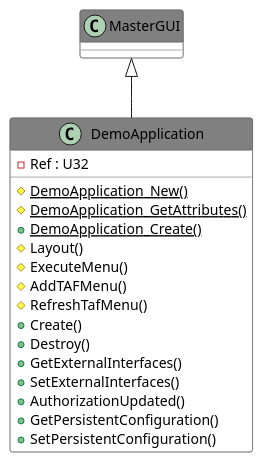
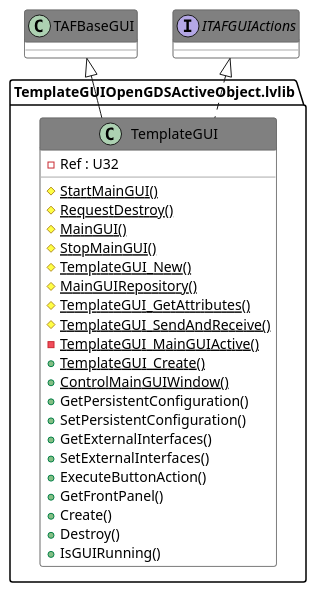
Before and after one commit to PatriekBruins/TriekselsoftApplicationFramework: the diagram in Source/Antidoc-Output/Includes/044.adoc, drawn with PlantUML. The commit also changed other lines of this file and 692 other files, not shown here.

```diff
--- a/Source/Antidoc-Output/Includes/044.adoc
+++ b/Source/Antidoc-Output/Includes/044.adoc
@@ -8,34 +8,43 @@
 [plantuml, format="svg", align="center"]
 ....
 @startuml
 set namespaceSeparator :
 skinparam ClassBackgroundColor #FFFFFF
 skinparam ClassBorderColor #555555
 skinparam ClassFontColor #000000
 skinparam ClassHeaderBackgroundColor #808080
 
 skinparam top to bottom direction
-class "DemoApplication" {
+class "TemplateGUIOpenGDSActiveObject.lvlib:TemplateGUI" {
 {field} -Ref : U32
-{static} {method} #DemoApplication_New()
-{static} {method} #DemoApplication_GetAttributes()
-{static} {method} +DemoApplication_Create()
-{method} #Layout()
-{method} #ExecuteMenu()
-{method} #AddTAFMenu()
-{method} #RefreshTafMenu()
+{static} {method} #StartMainGUI()
+{static} {method} #RequestDestroy()
+{static} {method} #MainGUI()
+{static} {method} #StopMainGUI()
+{static} {method} #TemplateGUI_New()
+{static} {method} #MainGUIRepository()
+{static} {method} #TemplateGUI_GetAttributes()
+{static} {method} #TemplateGUI_SendAndReceive()
+{static} {method} -TemplateGUI_MainGUIActive()
+{static} {method} +TemplateGUI_Create()
+{static} {method} +ControlMainGUIWindow()
+{method} +GetPersistentConfiguration()
+{method} +SetPersistentConfiguration()
+{method} +GetExternalInterfaces()
+{method} +SetExternalInterfaces()
+{method} +ExecuteButtonAction()
+{method} +GetFrontPanel()
 {method} +Create()
 {method} +Destroy()
-{method} +GetExternalInterfaces()
-{method} +SetExternalInterfaces()
-{method} +AuthorizationUpdated()
-{method} +GetPersistentConfiguration()
-{method} +SetPersistentConfiguration()
+{method} +IsGUIRunning()
 
 }
-"MasterGUI" <|-- "DemoApplication"
+"TAFBaseGUI" <|-- "TemplateGUIOpenGDSActiveObject.lvlib:TemplateGUI"
+"ITAFGUIActions" <|.. "TemplateGUIOpenGDSActiveObject.lvlib:TemplateGUI"
+interface "ITAFGUIActions" {}
+
 
 
 
 @enduml
 ....
```
